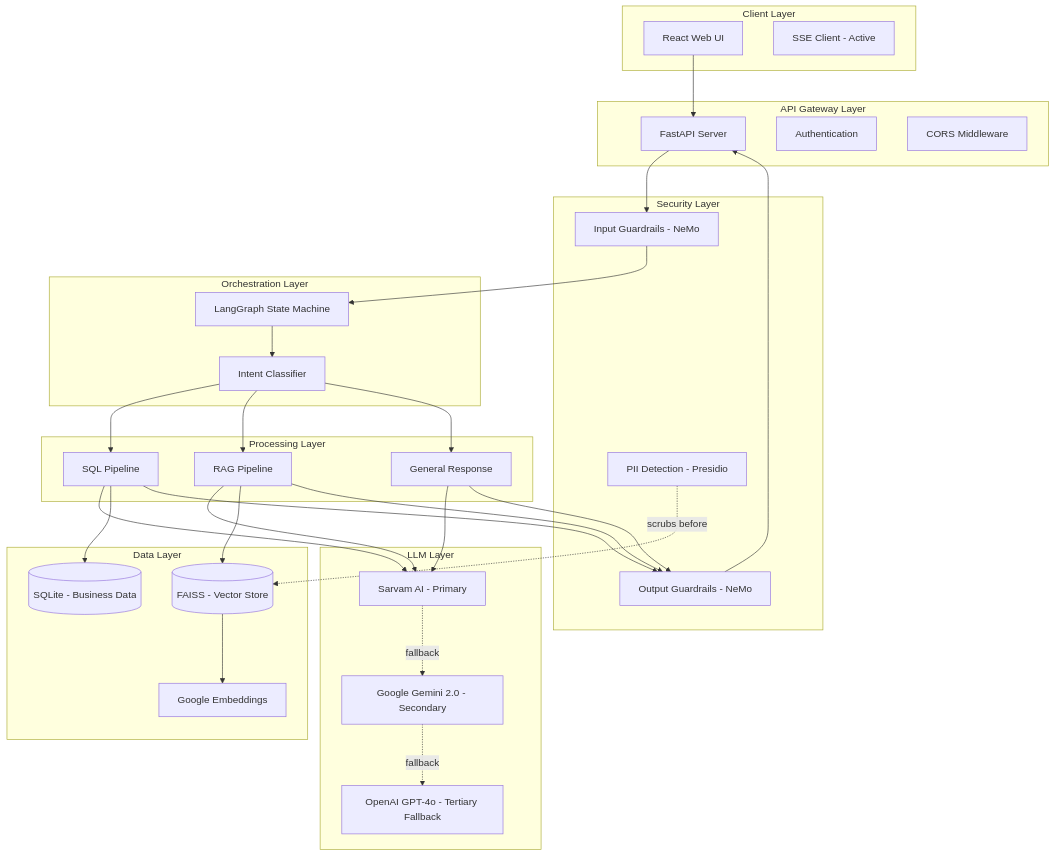
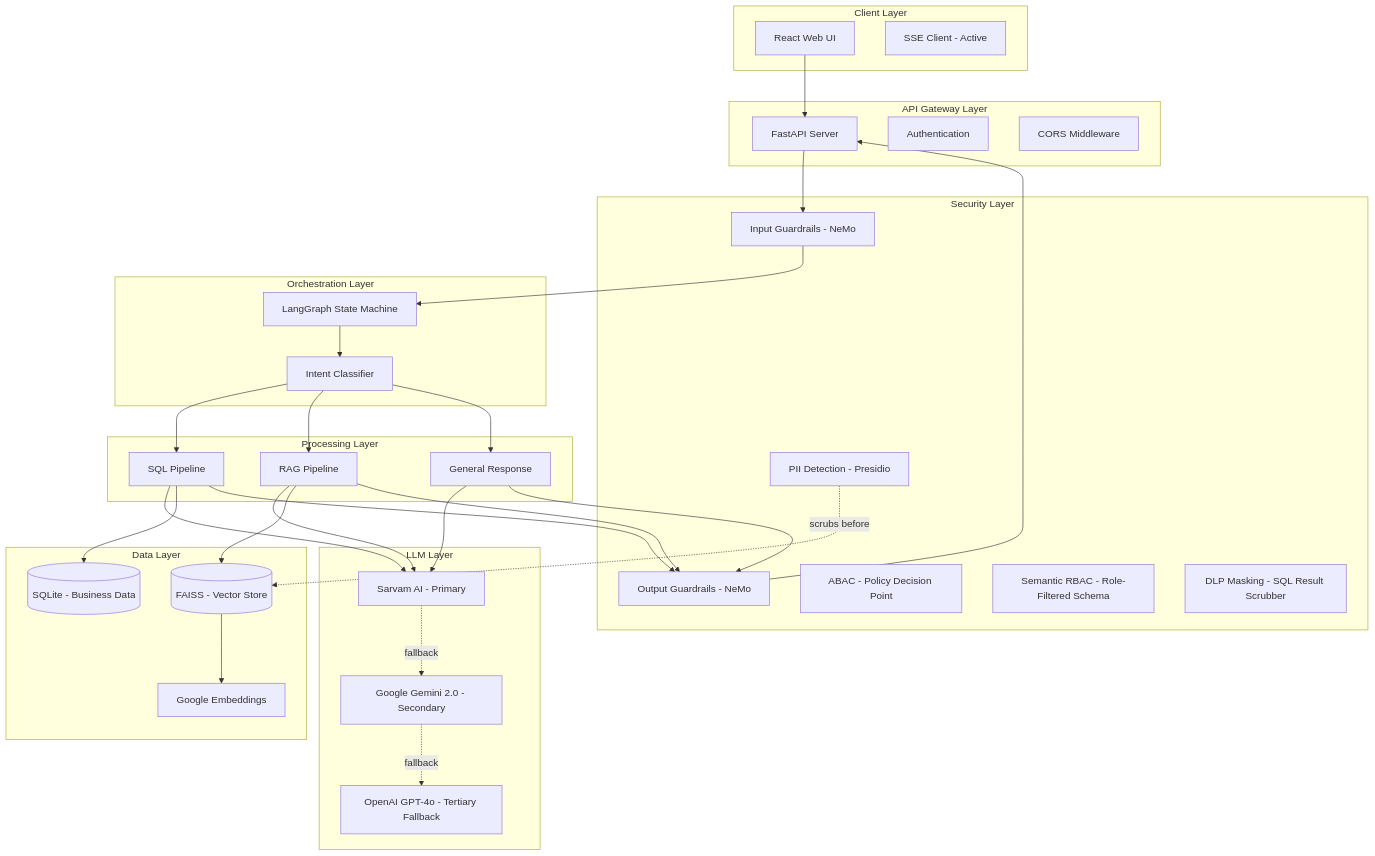
Before and after one commit to Tpg1993/text2sqlagent: the first of 3 diagrams in documentation/HLD.md, drawn with Mermaid. The commit also changed other lines of this file and 30 other files, not shown here.

````diff
--- a/documentation/HLD.md
+++ b/documentation/HLD.md
@@ -9,70 +17,138 @@
 ```mermaid
+
 graph TB
+
     subgraph Client["Client Layer"]
+
         WebUI[React Web UI]
+
         SSE["SSE Client - Active"]
+
     end
+
     
+
     subgraph API["API Gateway Layer"]
+
         FastAPI[FastAPI Server]
+
         Auth[Authentication]
+
         CORS[CORS Middleware]
+
     end
+
     
+
     subgraph Security["Security Layer"]
         InputGuard["Input Guardrails - NeMo"]
         OutputGuard["Output Guardrails - NeMo"]
         PIIDetect["PII Detection - Presidio"]
+        ABAC["ABAC - Policy Decision Point"]
+        SemanticRBAC["Semantic RBAC - Role-Filtered Schema"]
+        DLP["DLP Masking - SQL Result Scrubber"]
     end
+
     
+
     subgraph Orchestration["Orchestration Layer"]
+
         LangGraph[LangGraph State Machine]
+
         Orchestrator[Intent Classifier]
+
     end
+
     
+
     subgraph Processing["Processing Layer"]
+
         SQL[SQL Pipeline]
+
         RAG[RAG Pipeline]
+
         General[General Response]
+
     end
+
     
+
     subgraph LLM["LLM Layer"]
+
         Sarvam["Sarvam AI - Primary"]
+
         Gemini["Google Gemini 2.0 - Secondary"]
+
         OpenAI["OpenAI GPT-4o - Tertiary Fallback"]
+
     end
+
     
+
     subgraph Data["Data Layer"]
+
         SQLite[(SQLite - Business Data)]
+
         FAISS[(FAISS - Vector Store)]
+
         Embeddings[Google Embeddings]
+
     end
+
     
+
     WebUI --> FastAPI
+
     FastAPI --> InputGuard
+
     InputGuard --> LangGraph
+
     LangGraph --> Orchestrator
+
     
+
     Orchestrator --> SQL
+
     Orchestrator --> RAG
+
     Orchestrator --> General
+
     
+
     SQL --> Sarvam
+
     RAG --> Sarvam
+
     General --> Sarvam
+
     
+
     Sarvam -.fallback.-> Gemini
+
     Gemini -.fallback.-> OpenAI
+
     
+
     SQL --> SQLite
+
     RAG --> FAISS
+
     FAISS --> Embeddings
+
     
+
     SQL --> OutputGuard
+
     RAG --> OutputGuard
+
     General --> OutputGuard
+
     
+
     OutputGuard --> FastAPI
+
     
+
     PIIDetect -.scrubs before.-> FAISS
+
 ```
````
